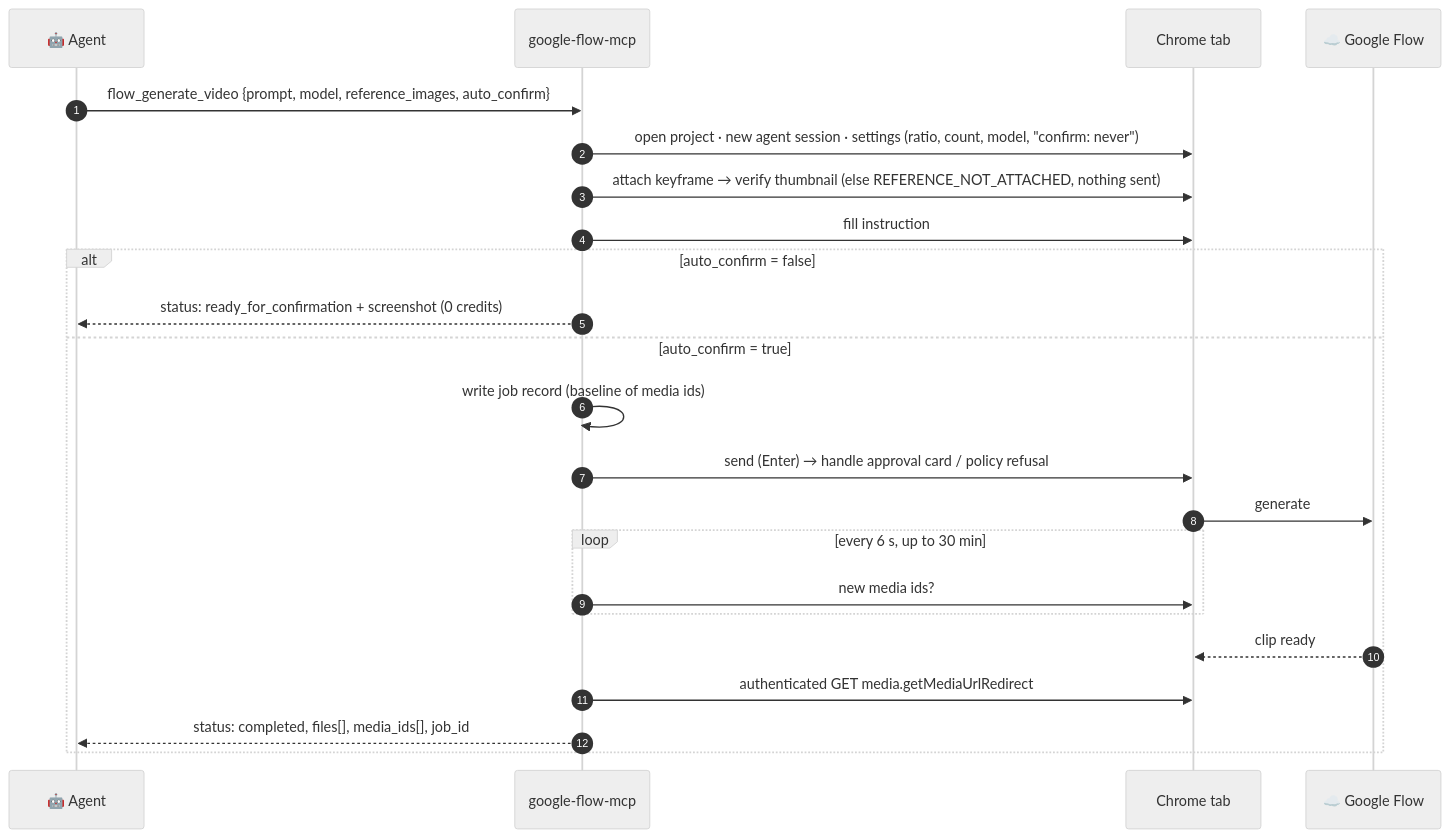
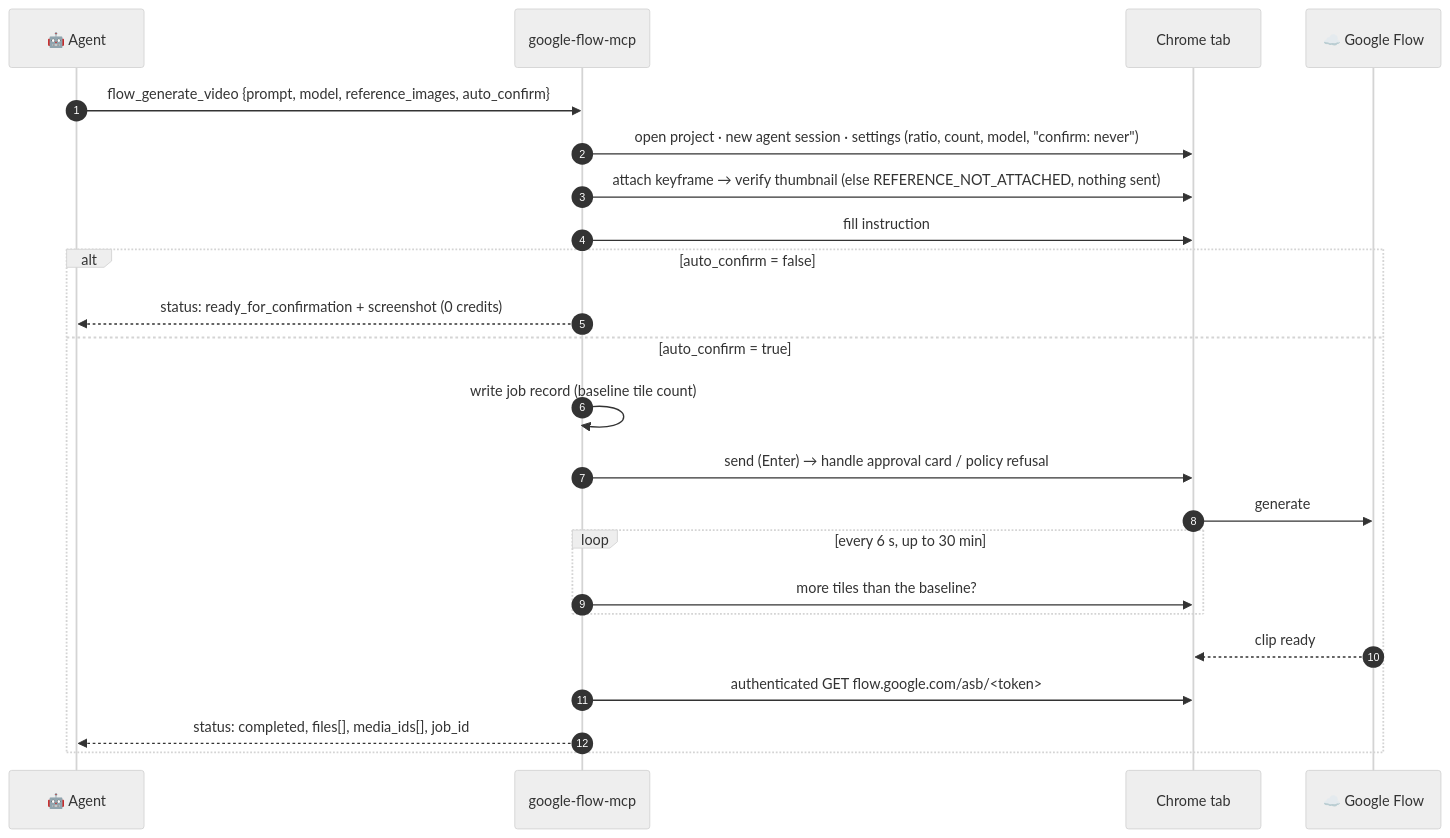
One commit to ParkSangGwon/google-flow-mcp changed the second of 3 diagrams in README.md. Above: the diagram before and after it, drawn with Mermaid (neutral theme). The commit also changed other lines of this file and 24 other files, not shown here.

First line of the commit message:
fix(media): Flow 2026-09-05 미디어 스킴 변경으로 끊긴 생성물 수신 복구 (#1)

````diff
--- a/README.md
+++ b/README.md
@@ -180,26 +180,26 @@
 ```mermaid
 sequenceDiagram
     autonumber
     participant A as 🤖 Agent
     participant S as google-flow-mcp
     participant B as Chrome tab
     participant F as ☁️ Google Flow
 
     A->>S: flow_generate_video {prompt, model, reference_images, auto_confirm}
     S->>B: open project · new agent session · settings (ratio, count, model, "confirm: never")
     S->>B: attach keyframe → verify thumbnail (else REFERENCE_NOT_ATTACHED, nothing sent)
     S->>B: fill instruction
     alt auto_confirm = false
         S-->>A: status: ready_for_confirmation + screenshot (0 credits)
     else auto_confirm = true
-        S->>S: write job record (baseline of media ids)
+        S->>S: write job record (baseline tile count)
         S->>B: send (Enter) → handle approval card / policy refusal
         B->>F: generate
         loop every 6 s, up to 30 min
-            S->>B: new media ids?
+            S->>B: more tiles than the baseline?
         end
         F-->>B: clip ready
-        S->>B: authenticated GET media.getMediaUrlRedirect
+        S->>B: authenticated GET flow.google.com/asb/<token>
         S-->>A: status: completed, files[], media_ids[], job_id
     end
 ```
````
